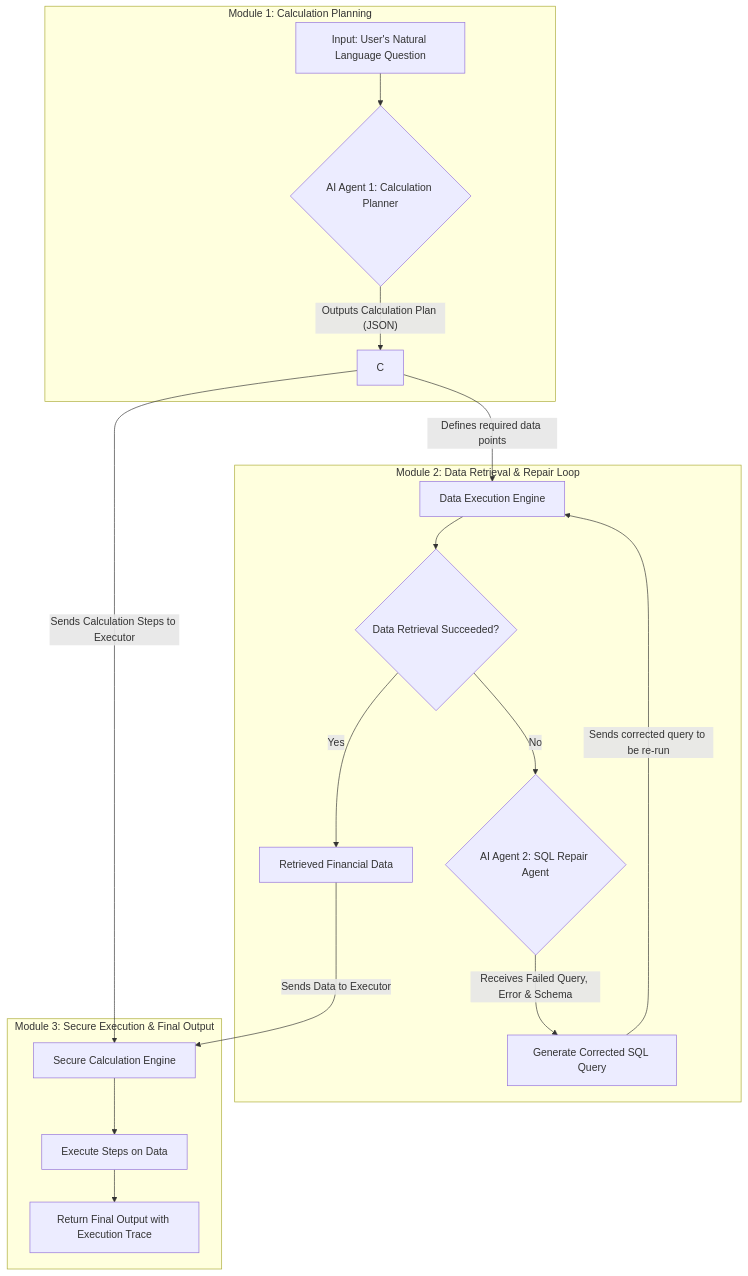
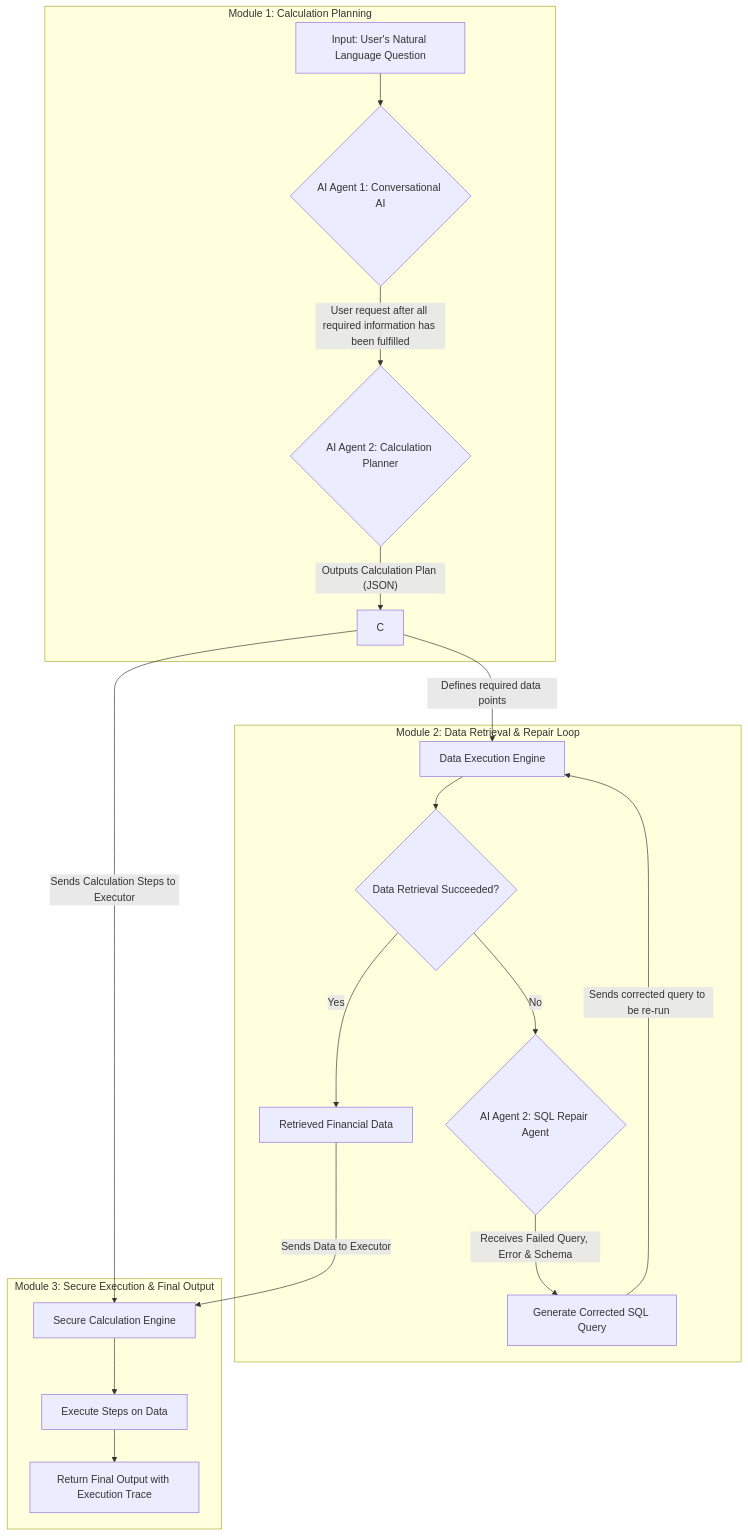
One commit to SpecialistSteak/DocumentReasoner changed the diagram in docs/flowcharts/Module3___QueryInterpretation.mermaid. Above: the diagram before and after it, drawn with Mermaid. The commit also changed 4 other files, not shown here.

```diff
--- a/docs/flowcharts/Module3___QueryInterpretation.mermaid
+++ b/docs/flowcharts/Module3___QueryInterpretation.mermaid
@@ -1,21 +1,22 @@
 flowchart TD
     subgraph "Module 1: Calculation Planning"
-        A["Input: User's Natural Language Question"] --> B{"AI Agent 1: Calculation Planner"};
-        B -- "Outputs Calculation Plan (JSON)" --> C;
+        A["Input: User's Natural Language Question"] --> Z{"AI Agent 1: Conversational AI"};
+        Z -- " User request after all required information has been fulfilled " --> B{"AI Agent 2: Calculation Planner"}
+        B -- " Outputs Calculation Plan (JSON) " --> C;
     end
 
     subgraph "Module 2: Data Retrieval & Repair Loop"
-        C -- "Defines required data points" --> D["Data Execution Engine"];
+        C -- " Defines required data points " --> D["Data Execution Engine"];
         D --> E{"Data Retrieval Succeeded?"};
-        E -- "No" --> F{"AI Agent 2: SQL Repair Agent"};
-        F -- "Receives Failed Query, Error & Schema" --> G["Generate Corrected SQL Query"];
-        G -- "Sends corrected query to be re-run" --> D;
-        E -- "Yes" --> H["Retrieved Financial Data"];
+        E -- " No " --> F{"AI Agent 2: SQL Repair Agent"};
+        F -- " Receives Failed Query, Error & Schema " --> G["Generate Corrected SQL Query"];
+        G -- " Sends corrected query to be re-run " --> D;
+        E -- " Yes " --> H["Retrieved Financial Data"];
     end
 
     subgraph "Module 3: Secure Execution & Final Output"
-        H -- "Sends Data to Executor" --> I;
-        C -- "Sends Calculation Steps to Executor" --> I;
+        H -- " Sends Data to Executor " --> I;
+        C -- " Sends Calculation Steps to Executor " --> I;
         I["Secure Calculation Engine"] --> J["Execute Steps on Data"];
         J --> K["Return Final Output with Execution Trace"];
     end
```
